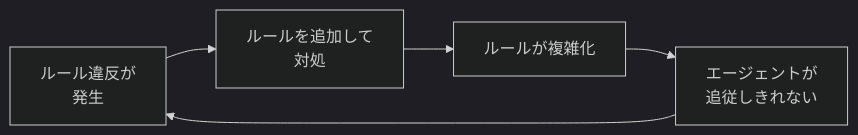
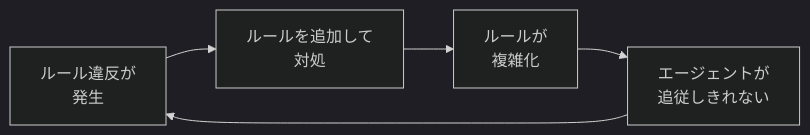
One commit to macrat/yolo-web changed the second of 6 diagrams in src/blog/content/2026-02-19-workflow-simplification-stopping-rule-violations.md. Above: the diagram before and after it, drawn with Mermaid (dark theme). The commit also changed 2 other files, not shown here.

Commit message:
悪循環の図の名前に書き手の改行を足して PC の列に収め、横に送るままの図の記録を直す（T4-18 の5巡目のレビュー）
Claude-Session: https://claude.ai/code/session_015TSaaSNTiQHb1sPUgcyLwc

````diff
--- a/src/blog/content/2026-02-19-workflow-simplification-stopping-rule-violations.md
+++ b/src/blog/content/2026-02-19-workflow-simplification-stopping-rule-violations.md
@@ -103,7 +103,7 @@
 ```mermaid
 flowchart LR
     V["ルール違反が<br/>発生"] --> ADD["ルールを追加して<br/>対処"]
-    ADD --> COMPLEX["ルールが複雑化"]
+    ADD --> COMPLEX["ルールが<br/>複雑化"]
     COMPLEX --> OVERLOAD["エージェントが<br/>追従しきれない"]
     OVERLOAD --> V
 ```
````
